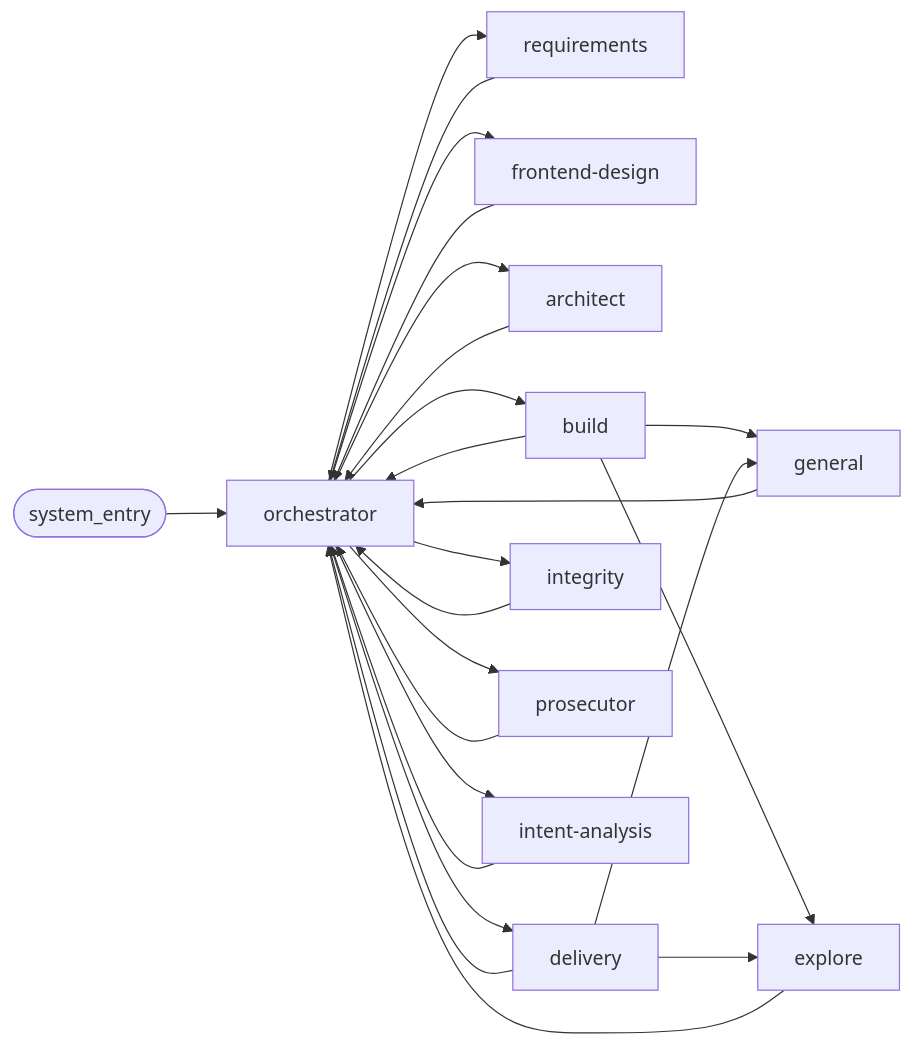
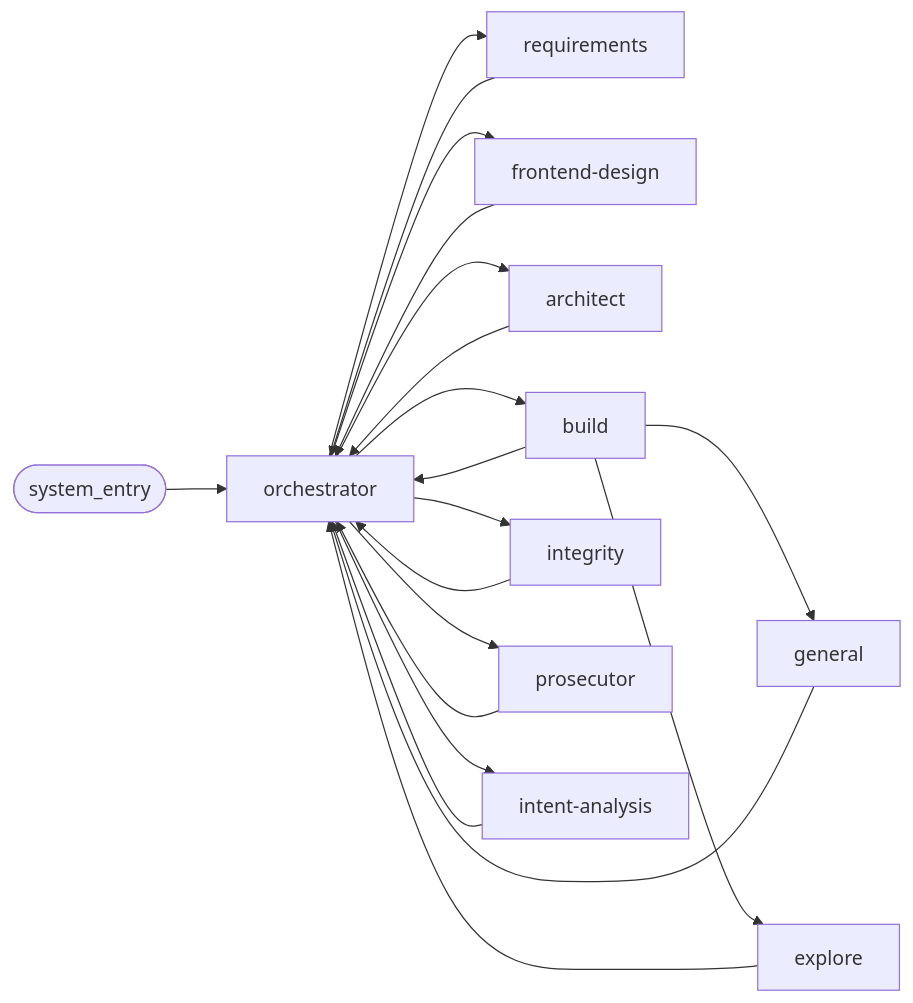
Before and after one commit to yangheng95/argus: the first of 2 diagrams in specs/new-arch/13-agent-communication-matrix.md, drawn with Mermaid. The commit also changed other lines of this file and 59 other files, not shown here.

````diff
--- a/specs/new-arch/13-agent-communication-matrix.md
+++ b/specs/new-arch/13-agent-communication-matrix.md
@@ -78,39 +76,34 @@
 ```mermaid
 flowchart LR
   SYS([system_entry])
   O[orchestrator]
   R[requirements]
   X[frontend-design]
   A[architect]
   B[build]
-  D[delivery]
   IT[integrity]
   PR[prosecutor]
   G[general]
   E[explore]
   I[intent-analysis]
 
   SYS --> O
   O --> R
   R --> O
   O --> X
   X --> O
   O --> A
   A --> O
   O --> B
   B --> O
-  O --> D
-  D --> O
   O --> IT
   IT --> O
   O --> PR
   PR --> O
   O --> I
   I --> O
   B --> G
   B --> E
-  D --> G
-  D --> E
   G --> O
   E --> O
 ```
````
